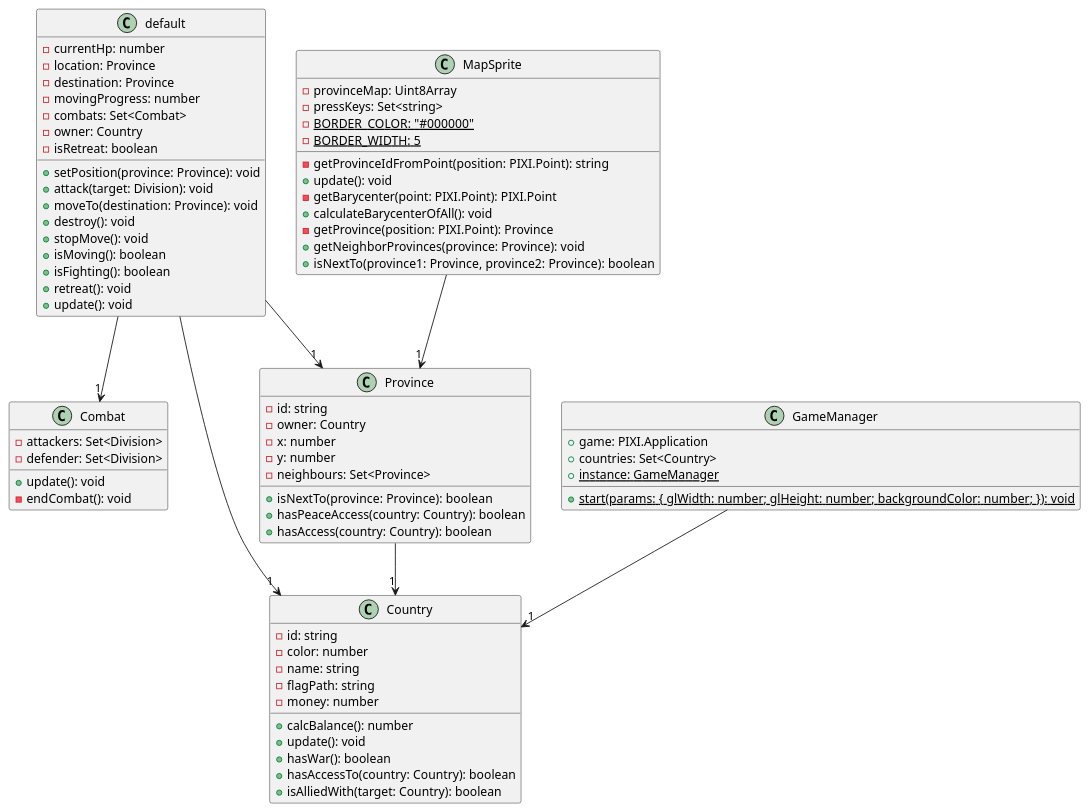
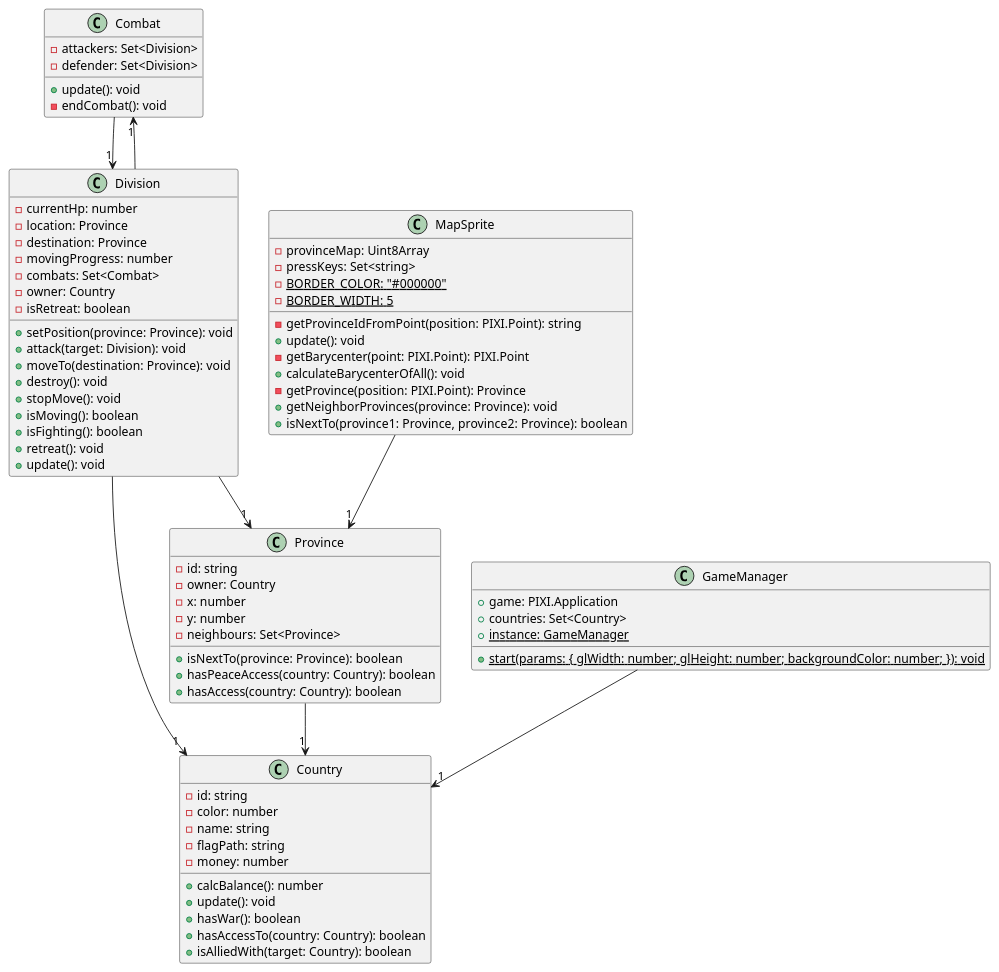
Before and after one commit to yuto-moriizumi/fate-of-ukraine: the diagram in class.puml, drawn with PlantUML. The commit also changed 7 other files, not shown here.

```diff
--- a/class.puml
+++ b/class.puml
@@ -1,73 +1,74 @@
 @startuml
 class Combat {
     -attackers: Set<Division>
     -defender: Set<Division>
     +update(): void
     -endCombat(): void
 }
 class Country {
     -id: string
     -color: number
     -name: string
     -flagPath: string
     -money: number
     +calcBalance(): number
     +update(): void
     +hasWar(): boolean
     +hasAccessTo(country: Country): boolean
     +isAlliedWith(target: Country): boolean
 }
 class Province {
     -id: string
     -owner: Country
     -x: number
     -y: number
     -neighbours: Set<Province>
     +isNextTo(province: Province): boolean
     +hasPeaceAccess(country: Country): boolean
     +hasAccess(country: Country): boolean
 }
-class default {
+class Division {
     -currentHp: number
     -location: Province
     -destination: Province
     -movingProgress: number
     -combats: Set<Combat>
     -owner: Country
     -isRetreat: boolean
     +setPosition(province: Province): void
     +attack(target: Division): void
     +moveTo(destination: Province): void
     +destroy(): void
     +stopMove(): void
     +isMoving(): boolean
     +isFighting(): boolean
     +retreat(): void
     +update(): void
 }
 class GameManager {
     +game: PIXI.Application
     +countries: Set<Country>
     +{static} instance: GameManager
     +{static} start(params: { glWidth: number; glHeight: number; backgroundColor: number; }): void
 }
 class MapSprite {
     -provinceMap: Uint8Array
     -pressKeys: Set<string>
     -getProvinceIdFromPoint(position: PIXI.Point): string
     +update(): void
     -getBarycenter(point: PIXI.Point): PIXI.Point
     +calculateBarycenterOfAll(): void
     -getProvince(position: PIXI.Point): Province
     +getNeighborProvinces(province: Province): void
     +isNextTo(province1: Province, province2: Province): boolean
     -{static} BORDER_COLOR: "#000000"
     -{static} BORDER_WIDTH: 5
 }
+Combat --> "1" Division
 Province --> "1" Country
-default --> "1" Province
-default --> "1" Combat
-default --> "1" Country
+Division --> "1" Province
+Division --> "1" Combat
+Division --> "1" Country
 GameManager --> "1" Country
 MapSprite --> "1" Province
 @enduml
```
